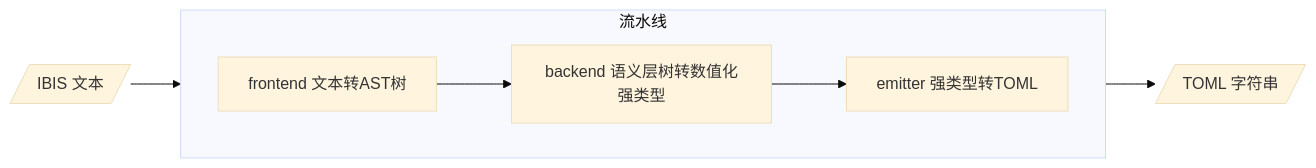
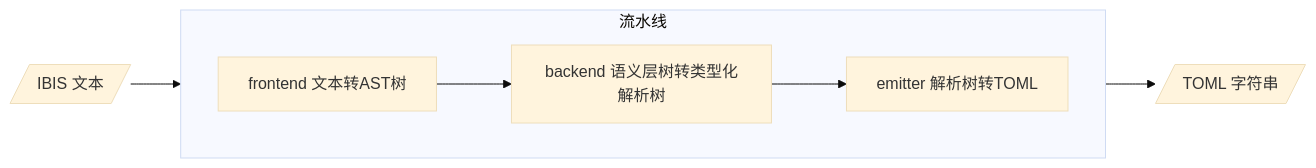
Before and after one commit to ykjoe/IBIS_Parser: the first of 6 diagrams in plans/ibis2ibstoml_architecture.md, drawn with Mermaid (base theme). The commit also changed other lines of this file and 32 other files, not shown here.

Commit message:
optimize frontend design, discard using pest, use a toml schema

````diff
--- a/plans/ibis2ibstoml_architecture.md
+++ b/plans/ibis2ibstoml_architecture.md
@@ -68,10 +65,10 @@
 ```mermaid
 flowchart LR
     subgraph 流水线
         direction LR
-        F[frontend 文本转AST树] --> B[backend 语义层树转数值化强类型]
-        B --> E[emitter 强类型转TOML]
+        F[frontend 文本转AST树] --> B[backend 语义层树转类型化解析树]
+        B --> E[emitter 解析树转TOML]
     end
     TEXT[/IBIS 文本/] --> F
     E --> TOML[/TOML 字符串/]
 ```
````
